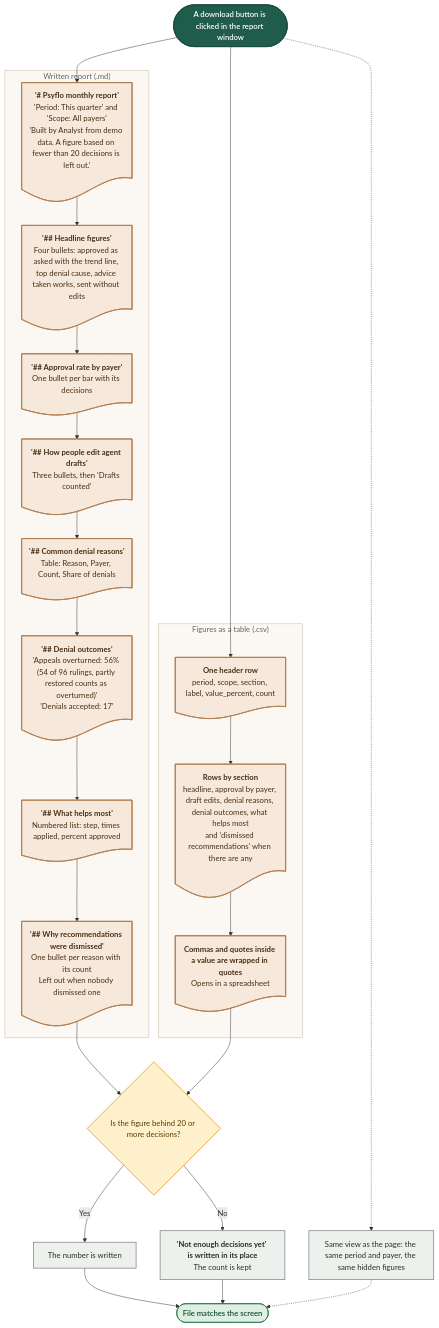
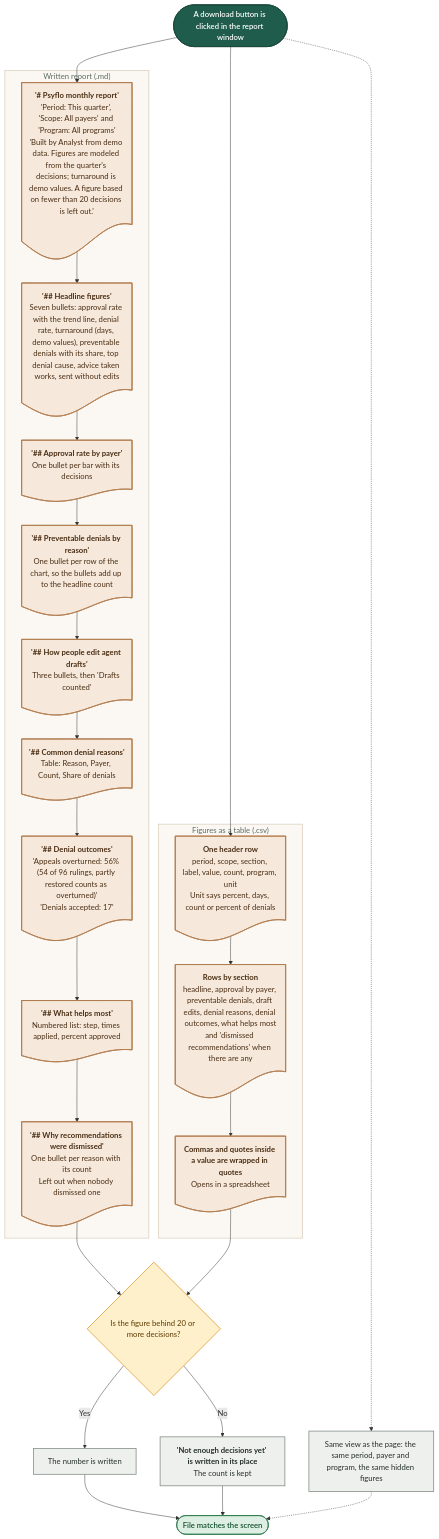
One commit to Shrav143/psyfloapp changed diagram 12 of 12 in demos/prior-auth-demo/workflows/out/md/08-analytics.md. Above: the diagram before and after it, drawn with Mermaid. The commit also changed other lines of this file and 192 other files, not shown here.

First line of the commit message:
docs: changelog by sidebar tab; README, diagrams and Settings layout aligned with the refinement; shared InfoTip; referral cost-share line

````diff
--- a/demos/prior-auth-demo/workflows/out/md/08-analytics.md
+++ b/demos/prior-auth-demo/workflows/out/md/08-analytics.md
@@ -648,57 +903,58 @@
 ```mermaid
 %%{init: {"theme":"base","themeVariables":{"fontFamily":"'DM Sans', 'Segoe UI', system-ui, sans-serif","fontSize":"15px","lineColor":"#5B6B63","primaryTextColor":"#1C2B25","clusterBkg":"#FBF8F3","clusterBorder":"#D9CDBB","edgeLabelBackground":"#FFFFFF"},"flowchart":{"curve":"basis","nodeSpacing":36,"rankSpacing":48,"padding":12,"htmlLabels":true,"useMaxWidth":false,"wrappingWidth":230}} }%%
 flowchart TD
   classDef k_start fill:#1F5C4B,stroke:#174638,color:#FFFFFF,stroke-width:1.5px,font-weight:600
   classDef k_end fill:#DDEFE3,stroke:#2E7D4F,color:#14502F,stroke-width:1.5px,font-weight:600
   classDef k_endx fill:#FBE3E0,stroke:#C0392B,color:#7A1F16,stroke-width:1.5px,font-weight:600
   classDef k_screen fill:#FFFDF8,stroke:#1F5C4B,color:#1C2B25,stroke-width:2px
   classDef k_overlay fill:#F1F7F3,stroke:#1F5C4B,color:#1C2B25,stroke-width:2px,stroke-dasharray:5 3
   classDef k_click fill:#DCEBFA,stroke:#2F6DB5,color:#12365F,stroke-width:1.5px
   classDef k_input fill:#E4E7FF,stroke:#4C5FD5,color:#1D2670,stroke-width:1.5px
   classDef k_process fill:#EEF0EE,stroke:#7A857F,color:#26302B,stroke-width:1.5px
   classDef k_agent fill:#EEE5FA,stroke:#7A4FC2,color:#341A63,stroke-width:1.5px
   classDef k_decision fill:#FFF0CC,stroke:#D9962B,color:#5C3B00,stroke-width:1.5px
   classDef k_store fill:#D5F0EA,stroke:#1C8E7B,color:#0B4A3F,stroke-width:1.5px
   classDef k_doc fill:#F6E9DC,stroke:#B07A4C,color:#4A2E14,stroke-width:1.5px
   classDef k_ext fill:#FFE6D2,stroke:#E07B39,color:#6B2F06,stroke-width:1.5px
   classDef k_wait fill:#E4E8EE,stroke:#6B7C93,color:#26303D,stroke-width:1.5px
   classDef k_toast fill:#FFF9DB,stroke:#C9A400,color:#5A4A00,stroke-width:1.5px
   classDef k_goto fill:#FFFFFF,stroke:#1F5C4B,color:#1F5C4B,stroke-width:1.5px,stroke-dasharray:5 3
   s1@{ shape: stadium, label: "A download button is clicked in the report window" }
   subgraph gMd ["Written report (.md)"]
-  m1@{ shape: doc, label: "<b>'# Psyflo monthly report'</b><br/>'Period: This quarter' and 'Scope: All payers'<br/>'Built by Analyst from demo data. A figure based on fewer than 20 decisions is left out.'" }
-  m2@{ shape: doc, label: "<b>'## Headline figures'</b><br/>Four bullets: approved as asked with the trend line, top denial cause, advice taken works, sent without edits" }
+  m1@{ shape: doc, label: "<b>'# Psyflo monthly report'</b><br/>'Period: This quarter', 'Scope: All payers' and 'Program: All programs'<br/>'Built by Analyst from demo data. Figures are modeled from the quarter's decisions; turnaround is demo values. A figure based on fewer than 20 decisions is left out.'" }
+  m2@{ shape: doc, label: "<b>'## Headline figures'</b><br/>Seven bullets: approval rate with the trend line, denial rate, turnaround (days, demo values), preventable denials with its share, top denial cause, advice taken works, sent without edits" }
   m3@{ shape: doc, label: "<b>'## Approval rate by payer'</b><br/>One bullet per bar with its decisions" }
+  m9@{ shape: doc, label: "<b>'## Preventable denials by reason'</b><br/>One bullet per row of the chart, so the bullets add up to the headline count" }
   m4@{ shape: doc, label: "<b>'## How people edit agent drafts'</b><br/>Three bullets, then 'Drafts counted'" }
   m5@{ shape: doc, label: "<b>'## Common denial reasons'</b><br/>Table: Reason, Payer, Count, Share of denials" }
   m7@{ shape: doc, label: "<b>'## Denial outcomes'</b><br/>'Appeals overturned: 56% (54 of 96 rulings, partly restored counts as overturned)'<br/>'Denials accepted: 17'" }
   m6@{ shape: doc, label: "<b>'## What helps most'</b><br/>Numbered list: step, times applied, percent approved" }
   m8@{ shape: doc, label: "<b>'## Why recommendations were dismissed'</b><br/>One bullet per reason with its count<br/>Left out when nobody dismissed one" }
   end
   subgraph gCsv ["Figures as a table (.csv)"]
-  v1@{ shape: doc, label: "<b>One header row</b><br/>period, scope, section, label, value_percent, count" }
-  v2@{ shape: doc, label: "<b>Rows by section</b><br/>headline, approval by payer, draft edits, denial reasons, denial outcomes, what helps most<br/>and 'dismissed recommendations' when there are any" }
+  v1@{ shape: doc, label: "<b>One header row</b><br/>period, scope, section, label, value, count, program, unit<br/>Unit says percent, days, count or percent of denials" }
+  v2@{ shape: doc, label: "<b>Rows by section</b><br/>headline, approval by payer, preventable denials, draft edits, denial reasons, denial outcomes, what helps most<br/>and 'dismissed recommendations' when there are any" }
   v3@{ shape: doc, label: "<b>Commas and quotes inside a value are wrapped in quotes</b><br/>Opens in a spreadsheet" }
   end
   q1@{ shape: diam, label: "Is the figure behind 20 or more decisions?" }
   p1@{ shape: rect, label: "The number is written" }
   p2@{ shape: rect, label: "<b>'Not enough decisions yet' is written in its place</b><br/>The count is kept" }
-  p3@{ shape: rect, label: "Same view as the page: the same period and payer, the same hidden figures" }
+  p3@{ shape: rect, label: "Same view as the page: the same period, payer and program, the same hidden figures" }
   e1@{ shape: stadium, label: "File matches the screen" }
   s1 --> m1 & v1
-  m1 --> m2 --> m3 --> m4 --> m5 --> m7 --> m6 --> m8
+  m1 --> m2 --> m3 --> m9 --> m4 --> m5 --> m7 --> m6 --> m8
   v1 --> v2 --> v3
   m8 --> q1
   v3 --> q1
   q1 -->|"Yes"| p1 --> e1
   q1 -->|"No"| p2 --> e1
   s1 -.-> p3
   p3 -.-> e1
   class s1 k_start
-  class m1,m2,m3,m4,m5,m7,m6,m8,v1,v2,v3 k_doc
+  class m1,m2,m3,m9,m4,m5,m7,m6,m8,v1,v2,v3 k_doc
   class q1 k_decision
   class p1,p2,p3 k_process
   class e1 k_end
   style gMd fill:#FBF8F3,stroke:#D9CDBB,stroke-width:1.5px,color:#5B6B63
   style gCsv fill:#FBF8F3,stroke:#D9CDBB,stroke-width:1.5px,color:#5B6B63
 ```
````
